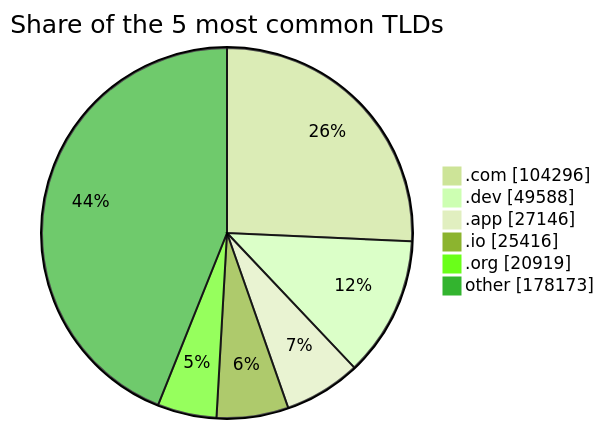
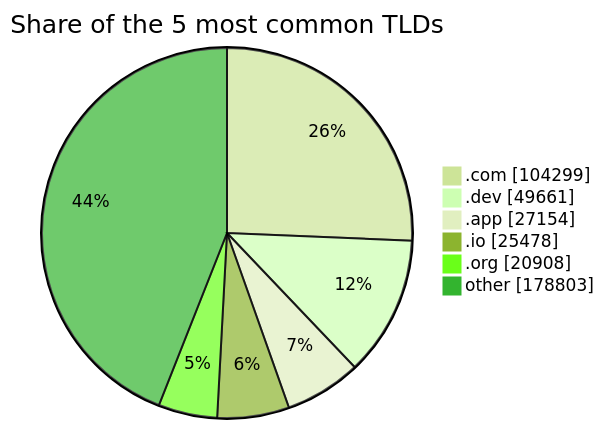
The third of 3 diagrams in README.md (DNSBunker/CTI), drawn with Mermaid (forest theme) before and after one commit. The commit also changed other lines of this file and 3 other files, not shown here.

````diff
--- a/README.md
+++ b/README.md
@@ -81,9 +81,9 @@
 ```mermaid
 pie showData title Share of the 5 most common TLDs
-    ".com" : 104296
-    ".dev" : 49588
-    ".app" : 27146
-    ".io" : 25416
-    ".org" : 20919
-    "other" : 178173
+    ".com" : 104299
+    ".dev" : 49661
+    ".app" : 27154
+    ".io" : 25478
+    ".org" : 20908
+    "other" : 178803
 ```
````
